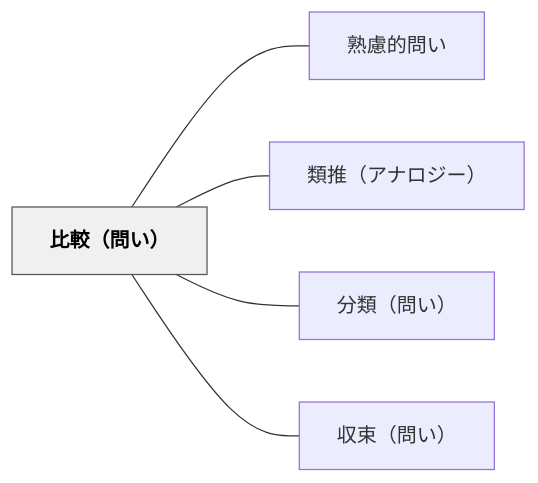
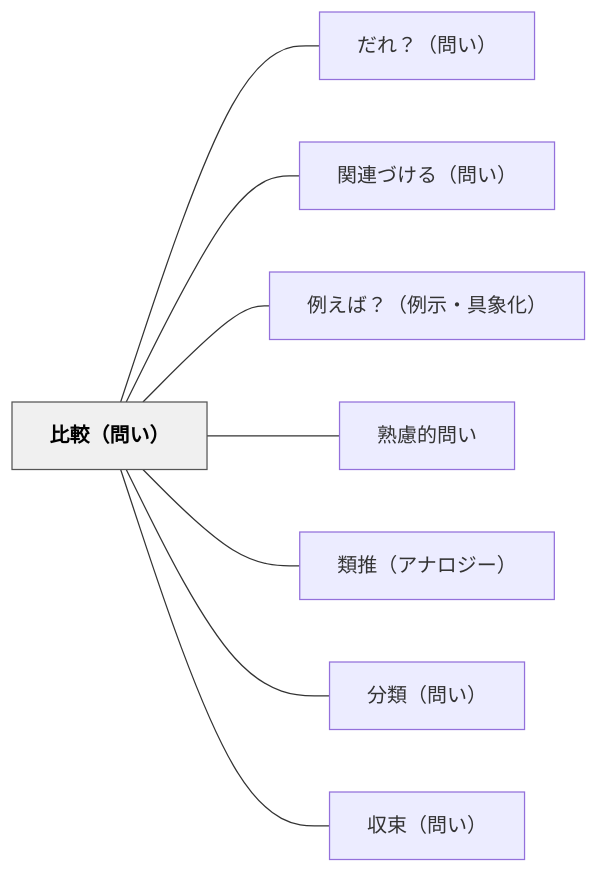
Before and after one commit to unknownthings-ed-patterns/unknownthings-ed-patterns: the diagram in content/パタン/比較（問い）.md, drawn with Mermaid. The commit also changed other lines of this file and 473 other files, not shown here.

````diff
--- a/content/パタン/比較（問い）.md
+++ b/content/パタン/比較（問い）.md
@@ -48,16 +51,22 @@
 ```mermaid
 flowchart LR
     ne6af94e8bc83["比較（問い）"]
+    ne381a0e3828c["だれ？（問い）"]
+    ne996a2e980a3["関連づける（問い）"]
+    ne4be8be38188["例えば？（例示・具象化）"]
     ne7869fe685ae["熟慮的問い"]
     ne9a19ee68ea8["類推（アナロジー）"]
     ne58886e9a19e["分類（問い）"]
     ne58f8ee69d9f["収束（問い）"]
 
+    ne6af94e8bc83 --- ne381a0e3828c
+    ne6af94e8bc83 --- ne996a2e980a3
+    ne6af94e8bc83 --- ne4be8be38188
     ne6af94e8bc83 --- ne7869fe685ae
     ne6af94e8bc83 --- ne9a19ee68ea8
     ne6af94e8bc83 --- ne58886e9a19e
     ne6af94e8bc83 --- ne58f8ee69d9f
 
     classDef hub fill:#f0f0f0,stroke:#555,color:#000,font-weight:bold
     class ne6af94e8bc83 hub
 ```
````
